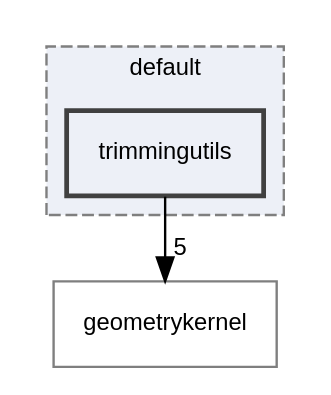
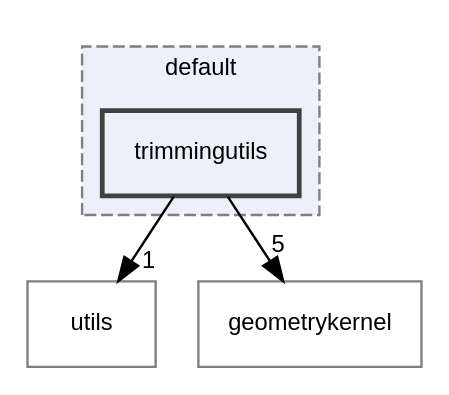
Before and after one commit to rath3t/dune-iga-doc: the diagram in dir_38776cb65d46f8937d679d1e10eb1d6d_dep.dot, drawn with Graphviz. The commit also changed 1449 other files, not shown here.

```diff
--- a/dir_38776cb65d46f8937d679d1e10eb1d6d_dep.dot
+++ b/dir_38776cb65d46f8937d679d1e10eb1d6d_dep.dot
@@ -1,13 +1,15 @@
 digraph "trimmingutils"
 {
  // LATEX_PDF_SIZE
   edge [fontname="Helvetica",fontsize="10",labelfontname="Helvetica",labelfontsize="10"];
   node [fontname="Helvetica",fontsize="10",shape=record];
   compound=true
   subgraph clusterdir_f5de9a83ba433885a90732f39b87e823 {
     graph [ bgcolor="#edf0f7", pencolor="grey50", style="filled,dashed,", label="default", fontname="Helvetica", fontsize="10", URL="dir_f5de9a83ba433885a90732f39b87e823.html"]
   dir_38776cb65d46f8937d679d1e10eb1d6d [shape=box, label="trimmingutils", style="filled,bold,", fillcolor="#edf0f7", color="grey25", URL="dir_38776cb65d46f8937d679d1e10eb1d6d.html"];
   }
+  dir_054fedf05f142c88b967e78541d2ed3d [shape=box, label="utils", style="", fillcolor="#edf0f7", color="grey50", URL="dir_054fedf05f142c88b967e78541d2ed3d.html"];
   dir_98571e7345f7327fea7723ec1a12d870 [shape=box, label="geometrykernel", style="", fillcolor="#edf0f7", color="grey50", URL="dir_98571e7345f7327fea7723ec1a12d870.html"];
+  dir_38776cb65d46f8937d679d1e10eb1d6d->dir_054fedf05f142c88b967e78541d2ed3d [headlabel="1", labeldistance=1.5 headhref="dir_000018_000019.html"];
   dir_38776cb65d46f8937d679d1e10eb1d6d->dir_98571e7345f7327fea7723ec1a12d870 [headlabel="5", labeldistance=1.5 headhref="dir_000018_000006.html"];
 }
```
